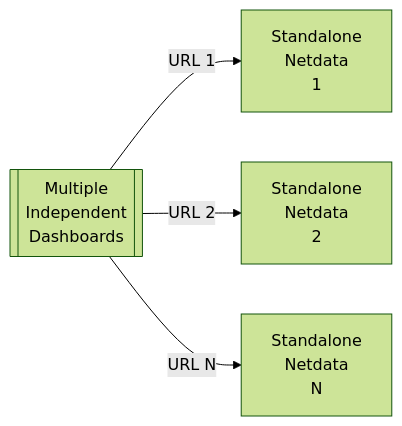
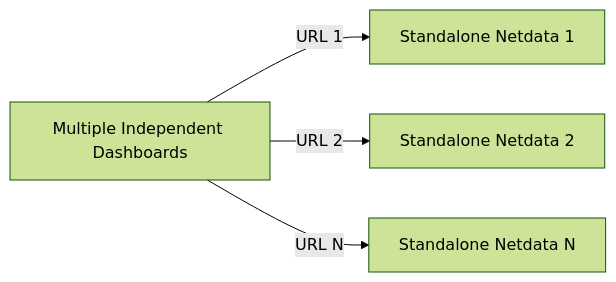
One commit to netdata/netdata changed the first of 4 diagrams in docs/deployment-guides/standalone-deployment.md. Above: the diagram before and after it, drawn with Mermaid (forest theme). The commit also changed other lines of this file and 2 other files, not shown here.

````diff
--- a/docs/deployment-guides/standalone-deployment.md
+++ b/docs/deployment-guides/standalone-deployment.md
@@ -21,18 +21,10 @@
 ```mermaid
 flowchart LR
-    WEB[["Multiple
-        Independent
-        Dashboards"]]
-    S1["Standalone
-        Netdata
-         1"]
-    S2["Standalone
-        Netdata
-         2"]
-    SN["Standalone
-        Netdata
-         N"]
+    WEB["Multiple Independent Dashboards"]
+    S1["Standalone Netdata 1"]
+    S2["Standalone Netdata 2"]
+    SN["Standalone Netdata N"]
     WEB -->|URL 1| S1
     WEB -->|URL 2| S2
     WEB -->|URL N| SN
 ```
````
